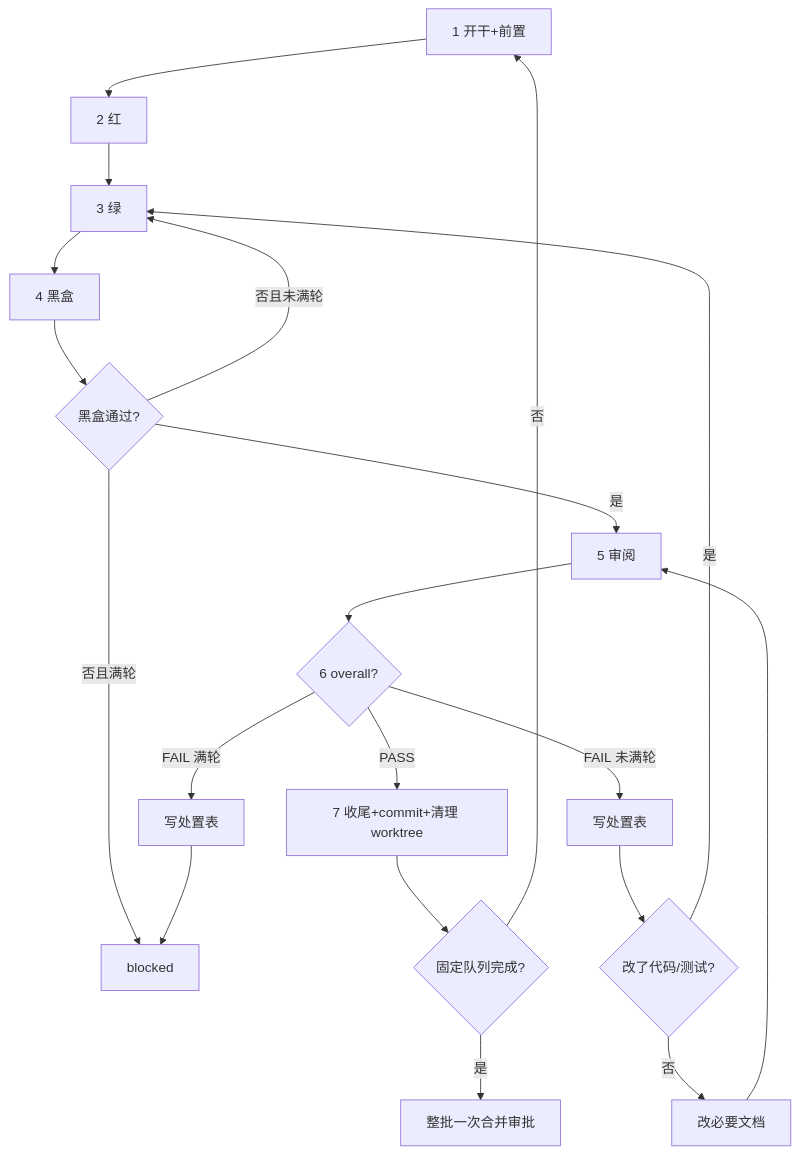
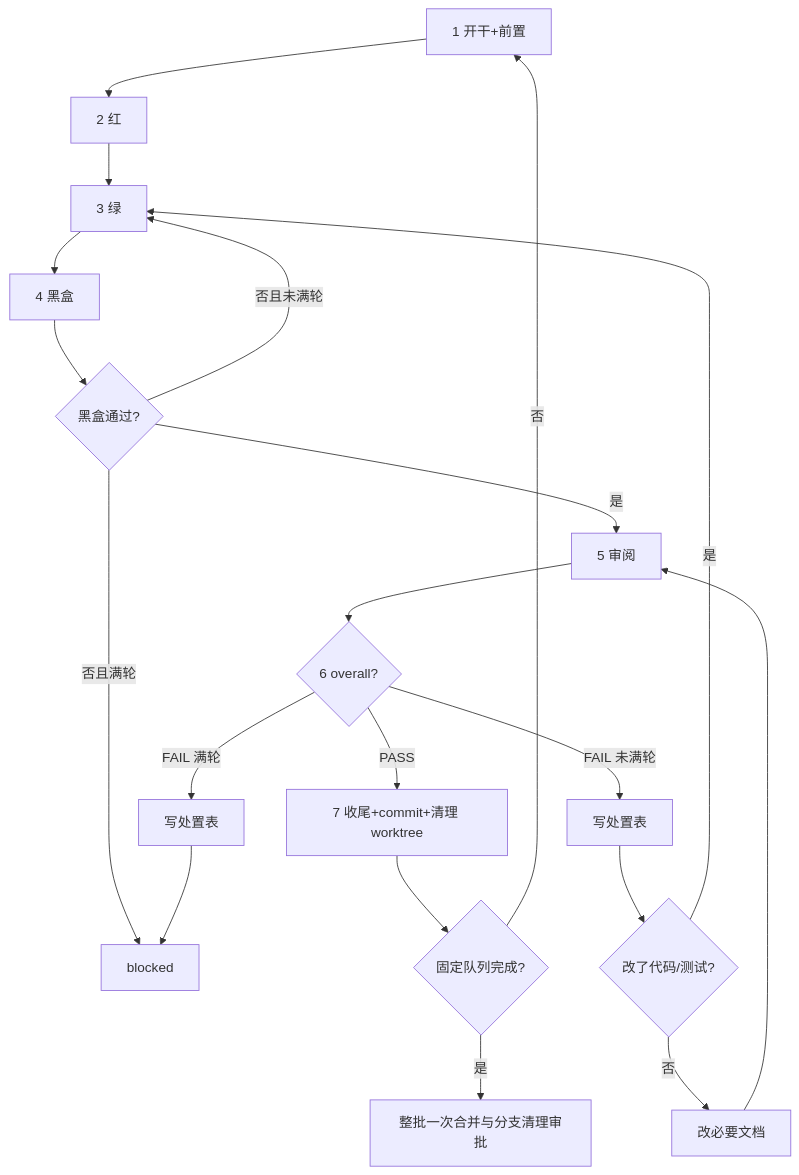
One commit to TuTouPower/repo_template changed the diagram in .agents/skills/task-run/SKILL.md. Above: the diagram before and after it, drawn with Mermaid. The commit also changed other lines of this file, not shown here.

````diff
--- a/.agents/skills/task-run/SKILL.md
+++ b/.agents/skills/task-run/SKILL.md
@@ -68,20 +68,20 @@
 ```mermaid
 flowchart TD
     S1["1 开干+前置"] --> S2["2 红"]
     S2 --> S3["3 绿"]
     S3 --> S4["4 黑盒"]
     S4 --> B1{"黑盒通过?"}
     B1 -->|否且未满轮| S3
     B1 -->|否且满轮| BLK["blocked"]
     B1 -->|是| S5["5 审阅"]
     S5 --> D{"6 overall?"}
     D -->|PASS| S7["7 收尾+commit+清理 worktree"]
     D -->|FAIL 未满轮| W["写处置表"]
     W --> C{"改了代码/测试?"}
     C -->|是| S3
     C -->|否| DOC["改必要文档"] --> S5
     D -->|FAIL 满轮| W2["写处置表"] --> BLK
     S7 --> Q{"固定队列完成?"}
     Q -->|否| S1
-    Q -->|是| APPROVE["整批一次合并审批"]
+    Q -->|是| APPROVE["整批一次合并与分支清理审批"]
 ```
````
